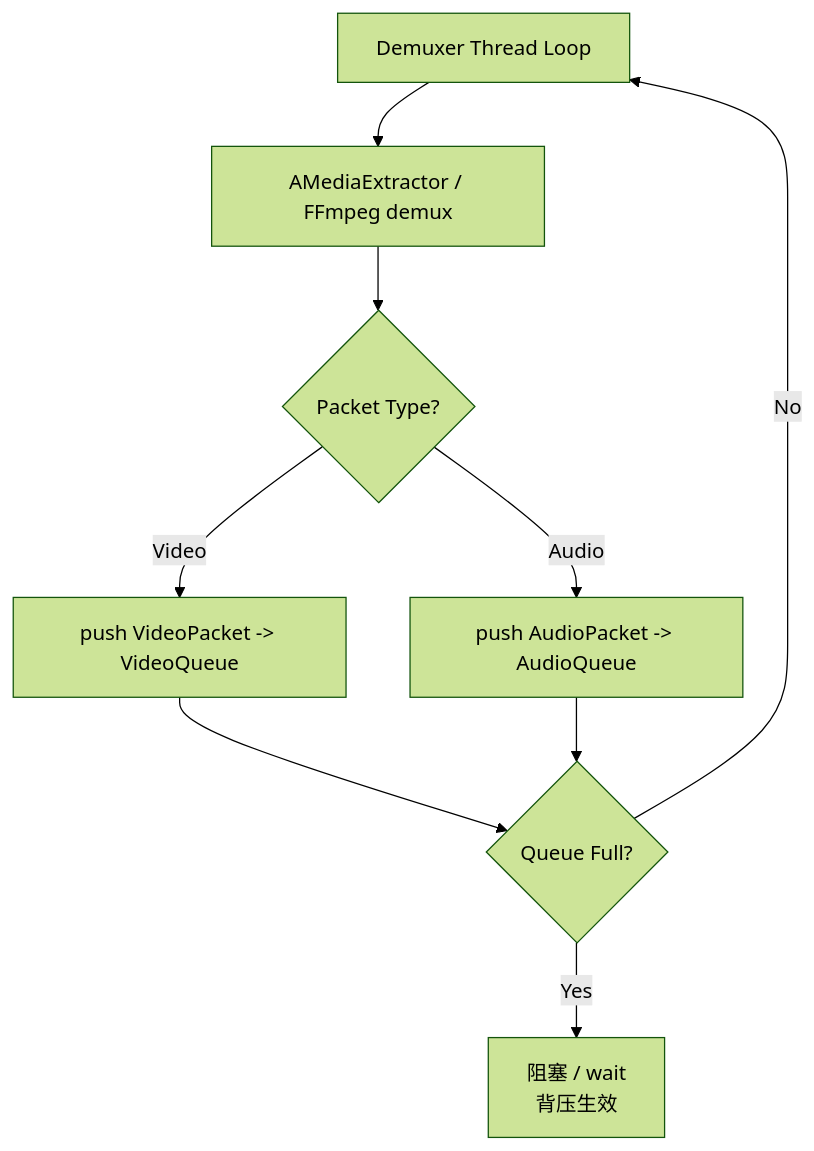
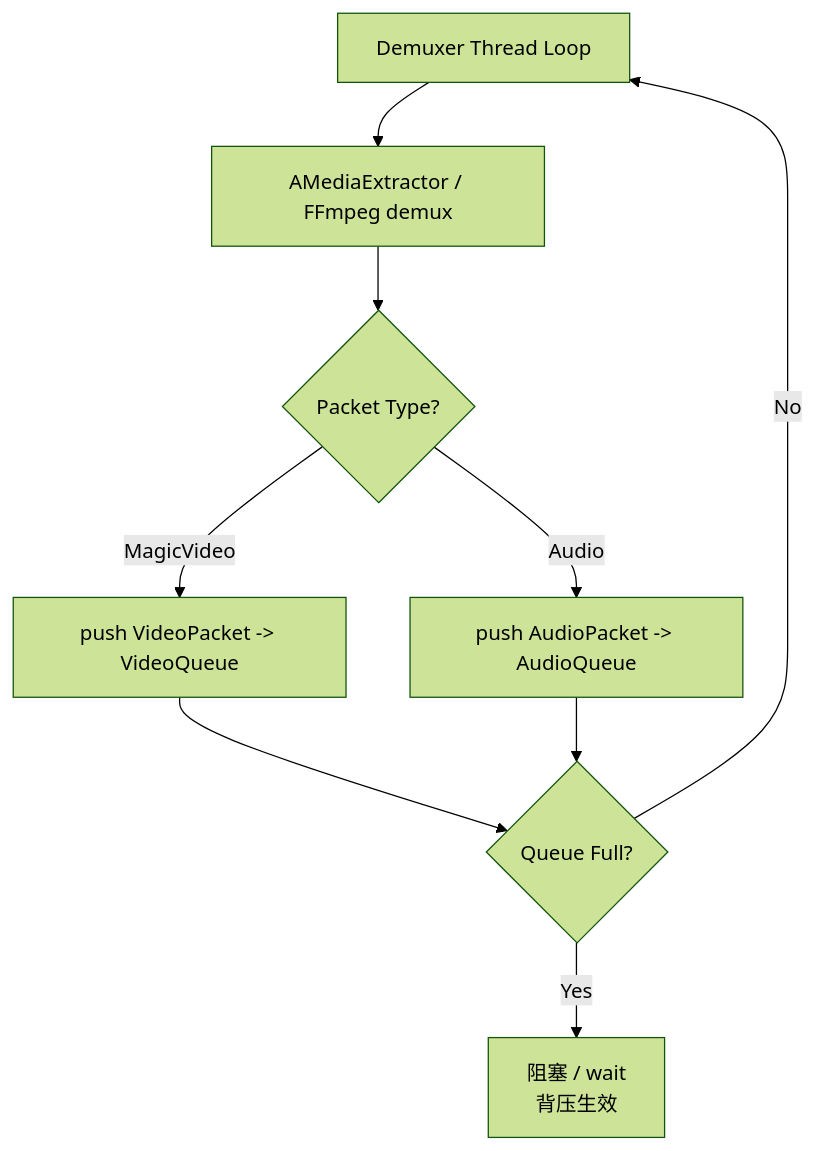
Before and after one commit to Atomos-X/Camera2Magic: the second of 6 diagrams in document/workflow.md, drawn with Mermaid (forest theme). The commit also changed other lines of this file and 11 other files, not shown here.

````diff
--- a/document/workflow.md
+++ b/document/workflow.md
@@ -24,13 +24,13 @@
     ```mermaid
     flowchart TD
         D0[Demuxer Thread Loop]
         D0 --> D1[AMediaExtractor / FFmpeg demux]
         D1 --> D2{Packet Type?}
-        D2 -->|Video| D3[push VideoPacket -> VideoQueue]
+        D2 -->|MagicVideo| D3[push VideoPacket -> VideoQueue]
         D2 -->|Audio| D4[push AudioPacket -> AudioQueue]
     
         D3 --> D5{Queue Full?}
         D4 --> D5
         D5 -->|Yes| D6[阻塞 / wait<br/>背压生效]
         D5 -->|No| D0
     ```
````
